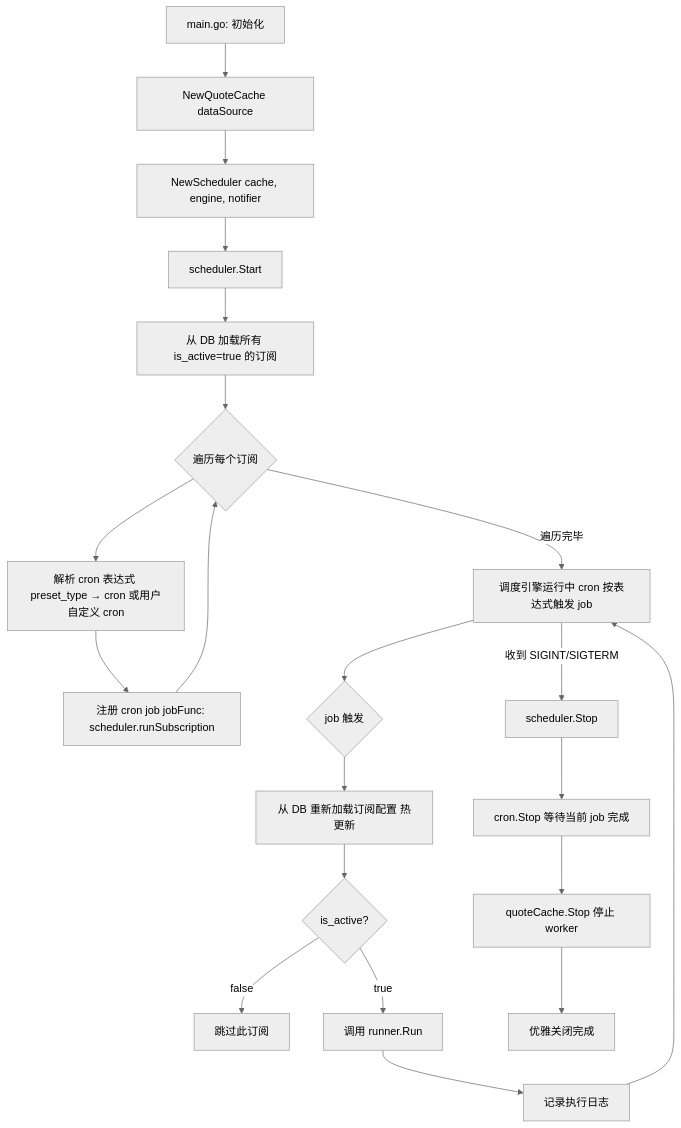
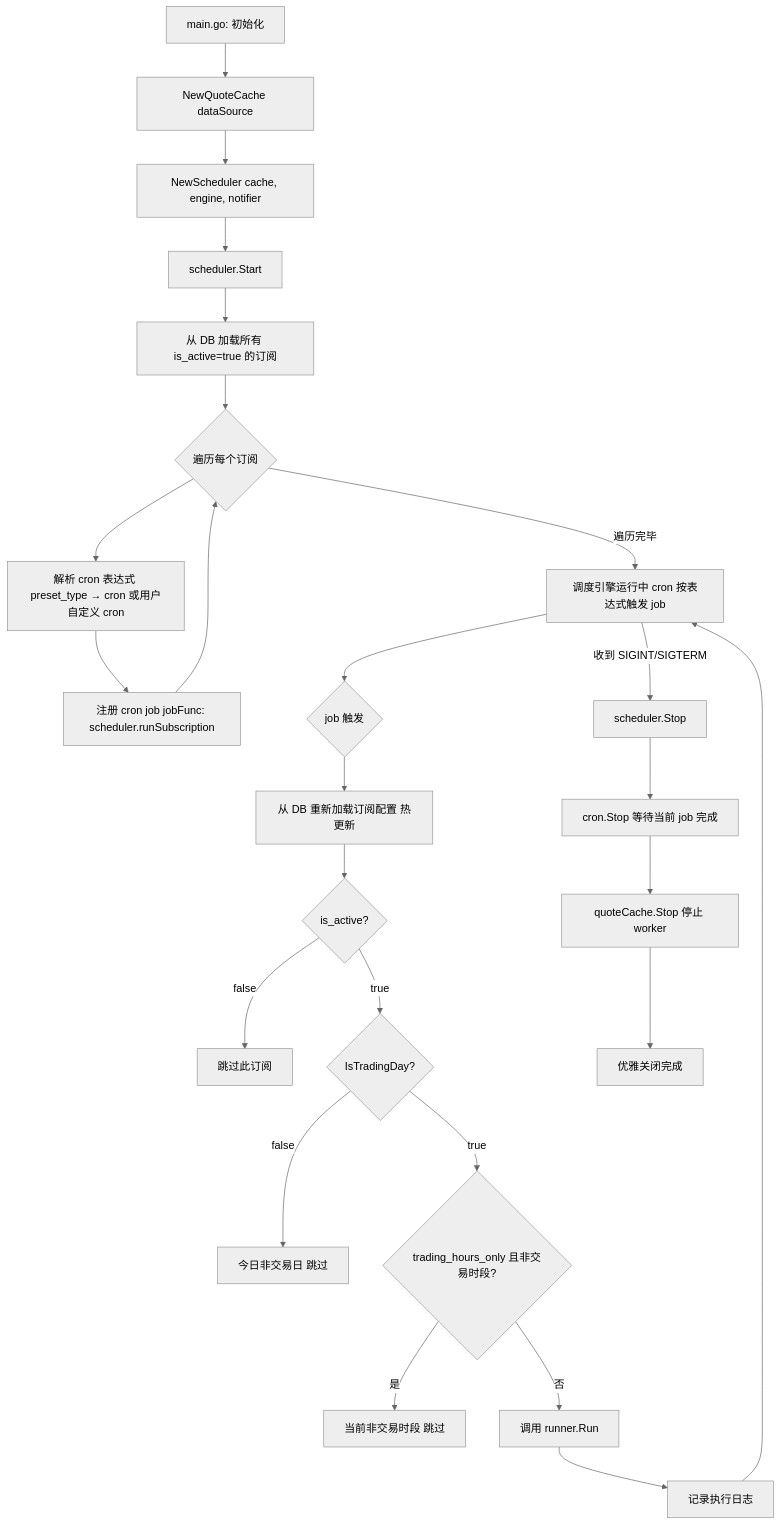
One commit to xiangyt/stock-ai changed the diagram in docs/architecture/scheduler-lifecycle.mermaid. Above: the diagram before and after it, drawn with Mermaid (neutral theme). The commit also changed 6 other files, not shown here.

````diff
--- a/docs/architecture/scheduler-lifecycle.mermaid
+++ b/docs/architecture/scheduler-lifecycle.mermaid
@@ -3,25 +3,29 @@
 ```mermaid
 flowchart TD
     A[main.go: 初始化] --> B[NewQuoteCache dataSource]
     B --> C[NewScheduler cache, engine, notifier]
     C --> D[scheduler.Start]
     D --> E[从 DB 加载所有 is_active=true 的订阅]
     E --> F{遍历每个订阅}
     F --> G[解析 cron 表达式 preset_type → cron 或用户自定义 cron]
     G --> H[注册 cron job jobFunc: scheduler.runSubscription]
     H --> F
     F -->|遍历完毕| I[调度引擎运行中 cron 按表达式触发 job]
 
     I --> J{job 触发}
     J --> K[从 DB 重新加载订阅配置 热更新]
     K --> L{is_active?}
     L -->|false| M[跳过此订阅]
-    L -->|true| N[调用 runner.Run]
+    L -->|true| L2{IsTradingDay?}
+    L2 -->|false| M2[今日非交易日 跳过]
+    L2 -->|true| L3{trading_hours_only 且非交易时段?}
+    L3 -->|是| M3[当前非交易时段 跳过]
+    L3 -->|否| N[调用 runner.Run]
     N --> O[记录执行日志]
     O --> I
 
     I -->|收到 SIGINT/SIGTERM| P[scheduler.Stop]
     P --> Q[cron.Stop 等待当前 job 完成]
     Q --> R[quoteCache.Stop 停止 worker]
     R --> S[优雅关闭完成]
 ```
````
